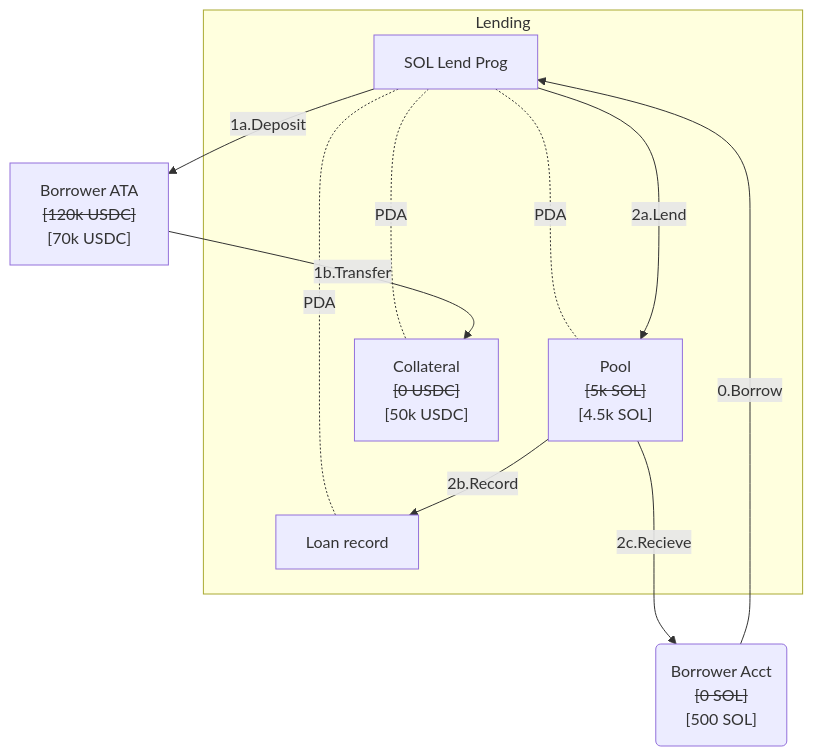
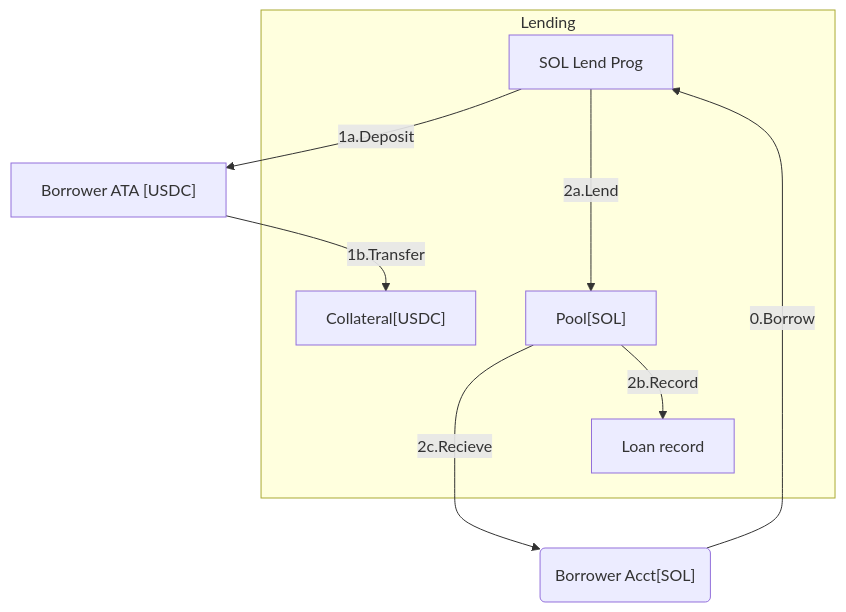
The second of 6 diagrams in readme.md (kilogold/Sol-Lending-Pool), drawn with Mermaid before and after one commit. The commit also changed other lines of this file, not shown here.

````diff
--- a/readme.md
+++ b/readme.md
@@ -50,16 +50,16 @@
 ```mermaid
 flowchart TD
  subgraph subgraph_1ktz23e5x["Lending"]
-        ne["SOL Lend Prog<br>"]
-        n1["Pool<br><s>[5k SOL]</s><br>[4.5k SOL]<br>"]
-        n4["Collateral<br><s>[0 USDC]</s><br>[50k USDC]"]
+        ne["SOL Lend Prog"]
+        n1["Pool[SOL]"]
+        n4["Collateral[USDC]"]
         n3["Loan record"]
   end
-    ne -.-|PDA| n1 & n4 & n3
-    ne -- 1a.Deposit --> n5["Borrower ATA<br><s>[120k USDC]</s><br>[70k USDC]"]
-    np("Borrower Acct<br><s>[0 SOL]</s><br>[500 SOL]") -->|0.Borrow| ne
+    %%ne -.-|PDA| n1 & n4 & n3
+    ne -- 1a.Deposit --> n5["Borrower ATA [USDC]"]
+    np("Borrower Acct[SOL]") -->|0.Borrow| ne
     n5 -- 1b.Transfer --> n4
     ne --->|2a.Lend| n1
     n1 -- 2c.Recieve ---> np
     n1 -->|2b.Record| n3
 ```
````
